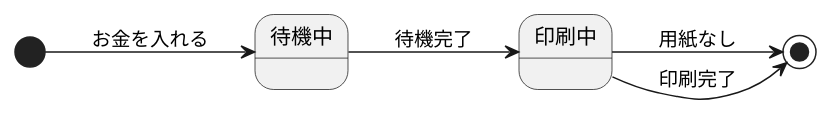
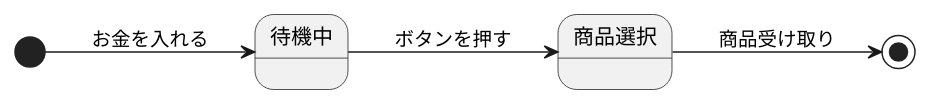
One commit to hitokin/uml_introduction changed the diagram in 演習６/演習6-4-5_ステートマシン図_自動販売機.pu. Above: the diagram before and after it, drawn with PlantUML. The commit also changed 1 other file, not shown here.

```diff
--- a/演習６/演習6-4-5_ステートマシン図_自動販売機.pu
+++ b/演習６/演習6-4-5_ステートマシン図_自動販売機.pu
@@ -1,7 +1,6 @@
 @startuml 自動販売機
 left to right direction
-[*] --> 待機中 : お金を入れる   
-待機中--> 印刷中 : 待機完了
-印刷中 -right> [*] : 用紙なし
-印刷中--> [*]: 印刷完了
+[*] --> 待機中 :お金を入れる
+待機中 --> 商品選択 :ボタンを押す
+商品選択 --> [*] :商品受け取り
 @enduml
```
